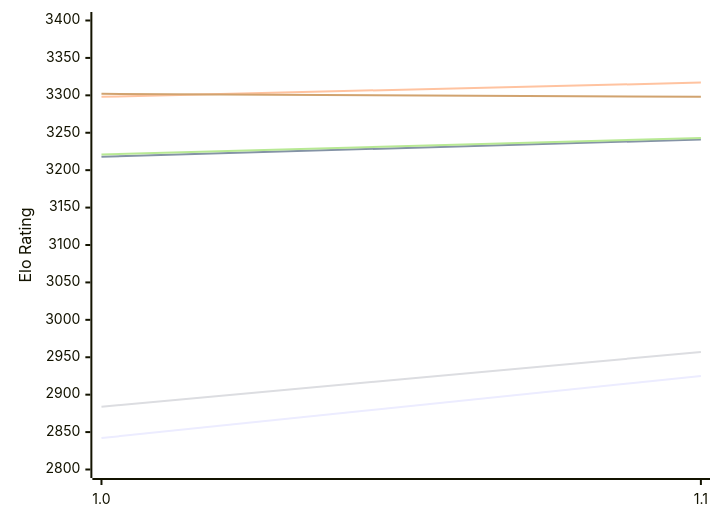
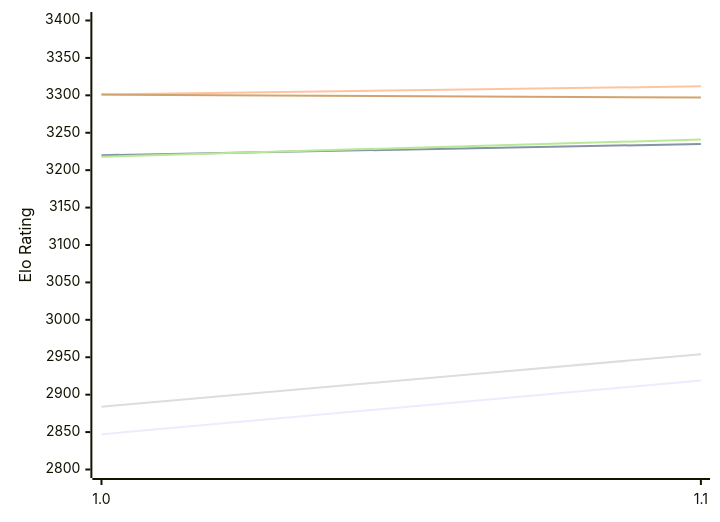
One commit to computer-chess-index/cci changed the first of 2 diagrams in engines/RodentV.md. Above: the diagram before and after it, drawn with Mermaid. The commit also changed other lines of this file, not shown here.

Commit message:
Update CCI Ratings (ELO VLTC) - 2026-11-26

````diff
--- a/engines/RodentV.md
+++ b/engines/RodentV.md
@@ -50,12 +50,12 @@
 ```mermaid
 %%{init: {"theme":"base","themeVariables":{"seriesColors:['#a3a3a3','#222221','#faa371']}}}%%
 xychart-beta
   x-axis ["1.0", "1.1"]
   y-axis "Elo Rating" 2800 --> 3400
-  line "E1: STC (8.0+0.08s)" [2842, 2925]
-  line "E1: LTC (60.0+0.60s)" [3218, 3241]
-  line "E1: VLTC (2m24s+1.12s)" [3298, 3317]
-  line "P1: STC (8.0+0.08s)" [2884, 2957]
-  line "P1: LTC (60.0+0.60s)" [3221, 3243]
-  line "P1: VLTC (2m24s+1.12s)" [3302, 3298]
+  line "E1: STC (8.0+0.08s)" [2847, 2919]
+  line "E1: LTC (60.0+0.60s)" [3220, 3235]
+  line "E1: VLTC (2m24s+1.12s)" [3301, 3312]
+  line "P1: STC (8.0+0.08s)" [2884, 2954]
+  line "P1: LTC (60.0+0.60s)" [3218, 3241]
+  line "P1: VLTC (2m24s+1.12s)" [3301, 3297]
 ```
````
